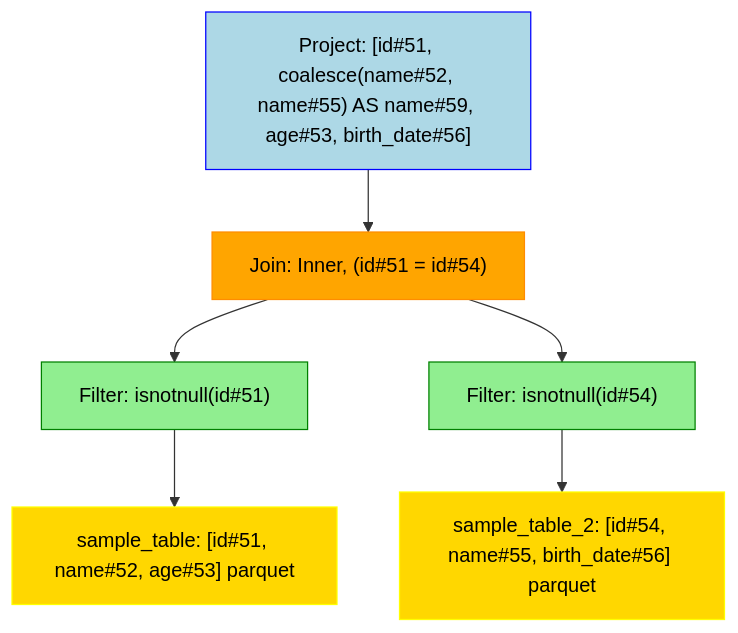
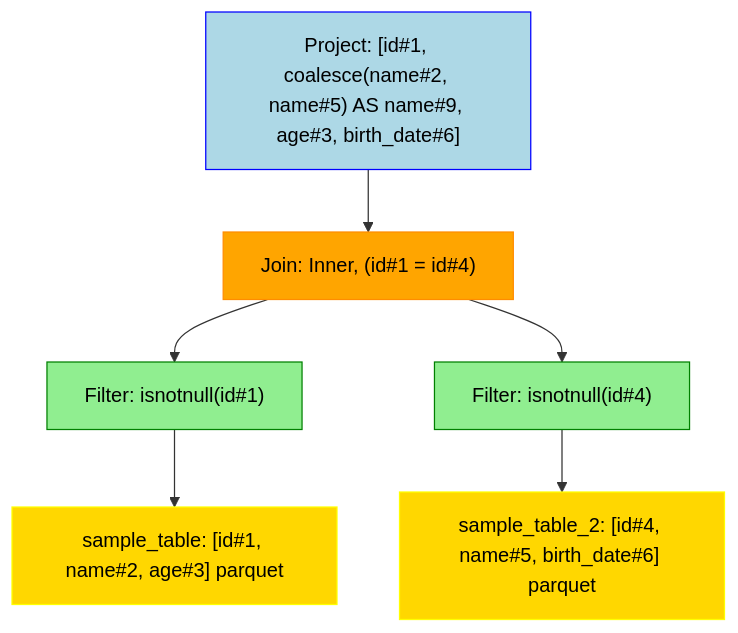
The diagram in data/visualization/join_inner.mmd (NielkNetraam/explainalyzed), drawn with Mermaid before and after one commit. The commit also changed 63 other files, not shown here.

```diff
--- a/data/visualization/join_inner.mmd
+++ b/data/visualization/join_inner.mmd
@@ -1,21 +1,21 @@
 flowchart TD
     classDef PROJECT stroke:Blue,fill:LightBlue,color:black
     classDef FILTER stroke:Green,fill:LightGreen,color:black
     classDef UNION stroke:Purple,fill:Violet,color:black
     classDef JOIN stroke:DarkOrange,fill:Orange,color:black
     classDef RELATION stroke:Yellow,fill:Gold,color:black
     classDef AGGREGATE stroke:Brown,fill:Chocolate,color:black
     classDef WINDOW stroke:Aqua,fill:Cyan,color:black
 
-    Project#00001["Project: [id#51, coalesce(name#52, name#55) AS name#59, age#53, birth_date#56]"]:::PROJECT
-    Join#00002["Join: Inner, (id#51 = id#54)"]:::JOIN
-    Filter#00003["Filter: isnotnull(id#51)"]:::FILTER
-    Relation#00004["sample_table: [id#51, name#52, age#53] parquet"]:::RELATION
-    Filter#00005["Filter: isnotnull(id#54)"]:::FILTER
-    Relation#00006["sample_table_2: [id#54, name#55, birth_date#56] parquet"]:::RELATION
+    Project#00001["Project: [id#1, coalesce(name#2, name#5) AS name#9, age#3, birth_date#6]"]:::PROJECT
+    Join#00002["Join: Inner, (id#1 = id#4)"]:::JOIN
+    Filter#00003["Filter: isnotnull(id#1)"]:::FILTER
+    Relation#00004["sample_table: [id#1, name#2, age#3] parquet"]:::RELATION
+    Filter#00005["Filter: isnotnull(id#4)"]:::FILTER
+    Relation#00006["sample_table_2: [id#4, name#5, birth_date#6] parquet"]:::RELATION
 
     Project#00001 --> Join#00002
         Join#00002 --> Filter#00003
             Filter#00003 --> Relation#00004
         Join#00002 --> Filter#00005
             Filter#00005 --> Relation#00006
```
